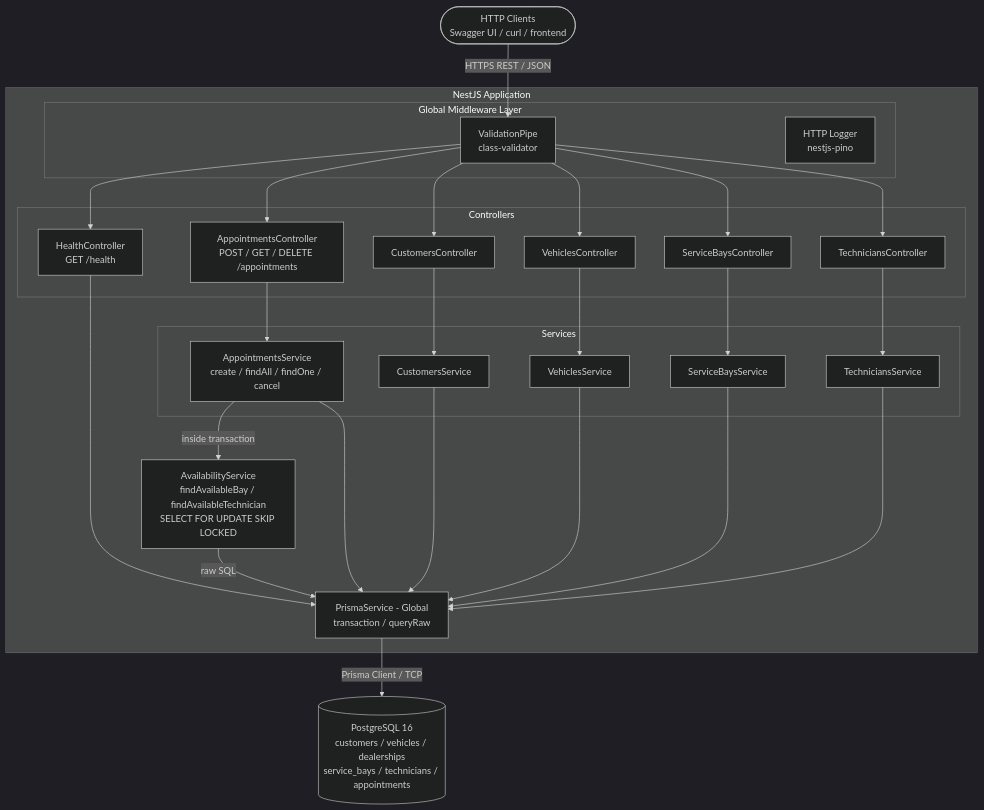
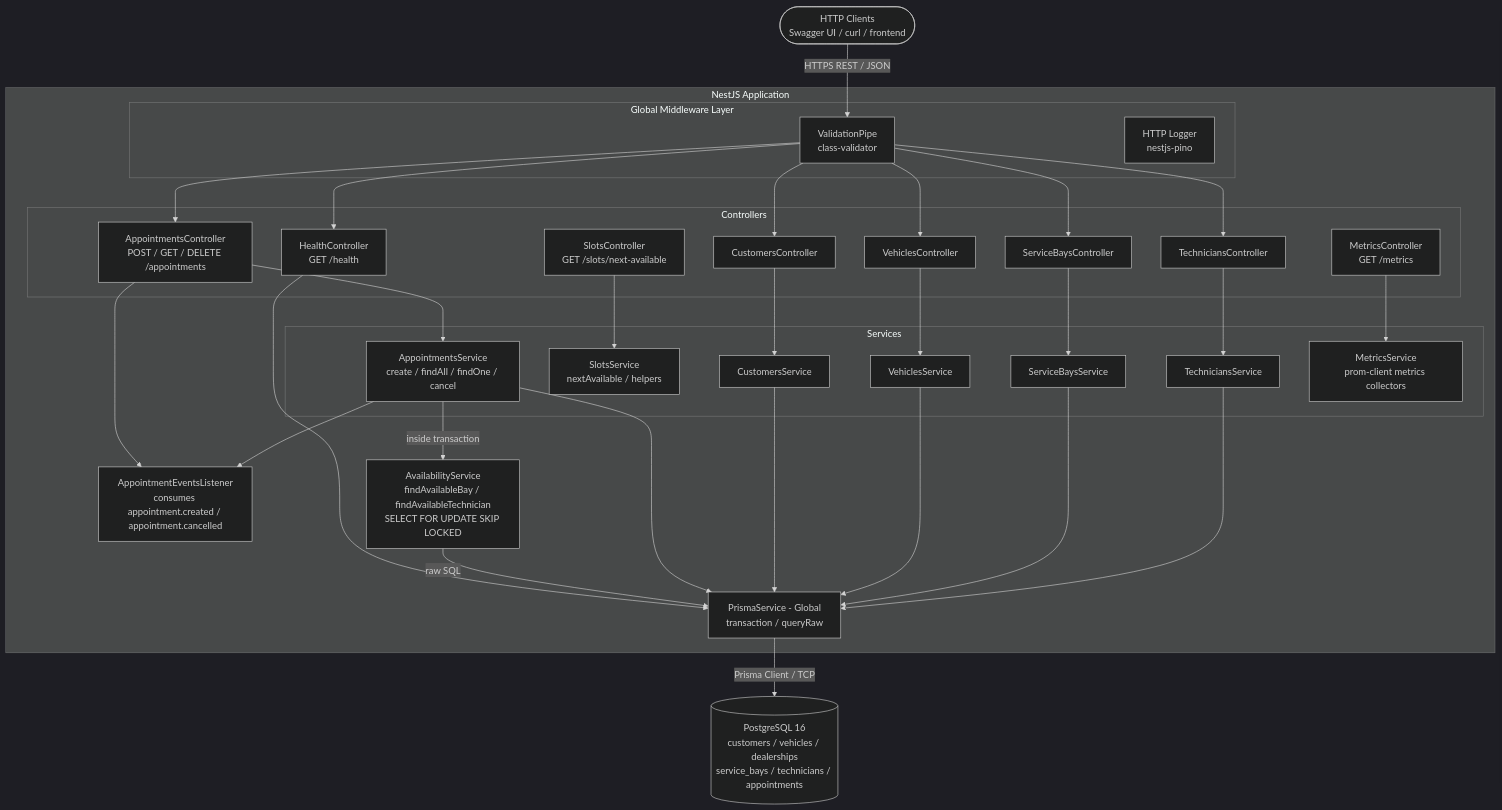
The first of 3 diagrams in system-design.md (bangbui2003/vehicle-service-scheduler), drawn with Mermaid (dark theme) before and after one commit. The commit also changed other lines of this file and 1 other file, not shown here.

````diff
--- a/system-design.md
+++ b/system-design.md
@@ -9,58 +9,68 @@
 ```mermaid
 flowchart TD
     Client(["HTTP Clients<br/>Swagger UI / curl / frontend"])
 
     subgraph App["NestJS Application"]
         subgraph MW["Global Middleware Layer"]
             VP["ValidationPipe<br/>class-validator"]
             PL["HTTP Logger<br/>nestjs-pino"]
         end
 
         subgraph Ctrl["Controllers"]
             AC["AppointmentsController<br/>POST / GET / DELETE /appointments"]
+            SC["SlotsController<br/>GET /slots/next-available"]
             CC["CustomersController"]
             VC["VehiclesController"]
             SBC["ServiceBaysController"]
             TC["TechniciansController"]
+            MC["MetricsController<br/>GET /metrics"]
             HC["HealthController<br/>GET /health"]
         end
 
         subgraph SvcLayer["Services"]
             AS["AppointmentsService<br/>create / findAll / findOne / cancel"]
+            SS["SlotsService<br/>nextAvailable / helpers"]
             CS["CustomersService"]
             VS["VehiclesService"]
             SBS["ServiceBaysService"]
             TS["TechniciansService"]
+            MS["MetricsService<br/>prom-client metrics collectors"]
         end
+
+        EL["AppointmentEventsListener<br/>consumes appointment.created / appointment.cancelled"]
 
         AV["AvailabilityService<br/>findAvailableBay / findAvailableTechnician<br/>SELECT FOR UPDATE SKIP LOCKED"]
         PS["PrismaService - Global<br/>transaction / queryRaw"]
     end
 
     DB[("PostgreSQL 16<br/>customers / vehicles / dealerships<br/>service_bays / technicians / appointments")]
 
     Client -->|"HTTPS REST / JSON"| VP
     VP --> AC
     VP --> CC
     VP --> VC
     VP --> SBC
     VP --> TC
     VP --> HC
 
     AC --> AS
     CC --> CS
     VC --> VS
     SBC --> SBS
     TC --> TS
     HC --> PS
 
     AS -->|"inside transaction"| AV
+    AC --> EL
+    AS --> EL
+    SC --> SS
+    MC --> MS
     AV -->|"raw SQL"| PS
     AS --> PS
     CS --> PS
     VS --> PS
     SBS --> PS
     TS --> PS
 
     PS -->|"Prisma Client / TCP"| DB
 ```
````
